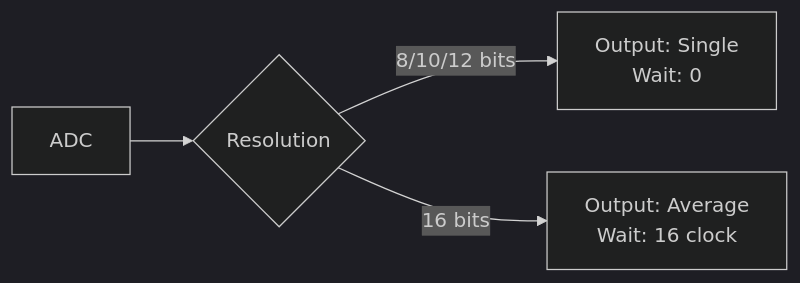
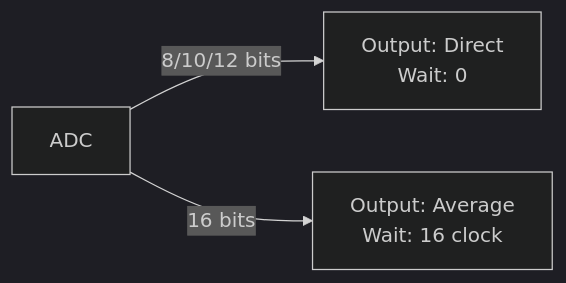
One commit to dojyorin/arduino_m0_tweak changed the fourth of 4 diagrams in README.md. Above: the diagram before and after it, drawn with Mermaid (dark theme). The commit also changed other lines of this file, not shown here.

````diff
--- a/README.md
+++ b/README.md
@@ -118,7 +118,6 @@
 ```mermaid
 flowchart LR
 
-ADC --> r{Resolution}
-r --"8/10/12 bits"--> a["Output: Single\nWait: 0"]
-r --"16 bits"--> b["Output: Average\nWait: 16 clock"]
+ADC --"8/10/12 bits"--> a["Output: Direct\nWait: 0"]
+ADC --"16 bits"--> b["Output: Average\nWait: 16 clock"]
 ```
````
